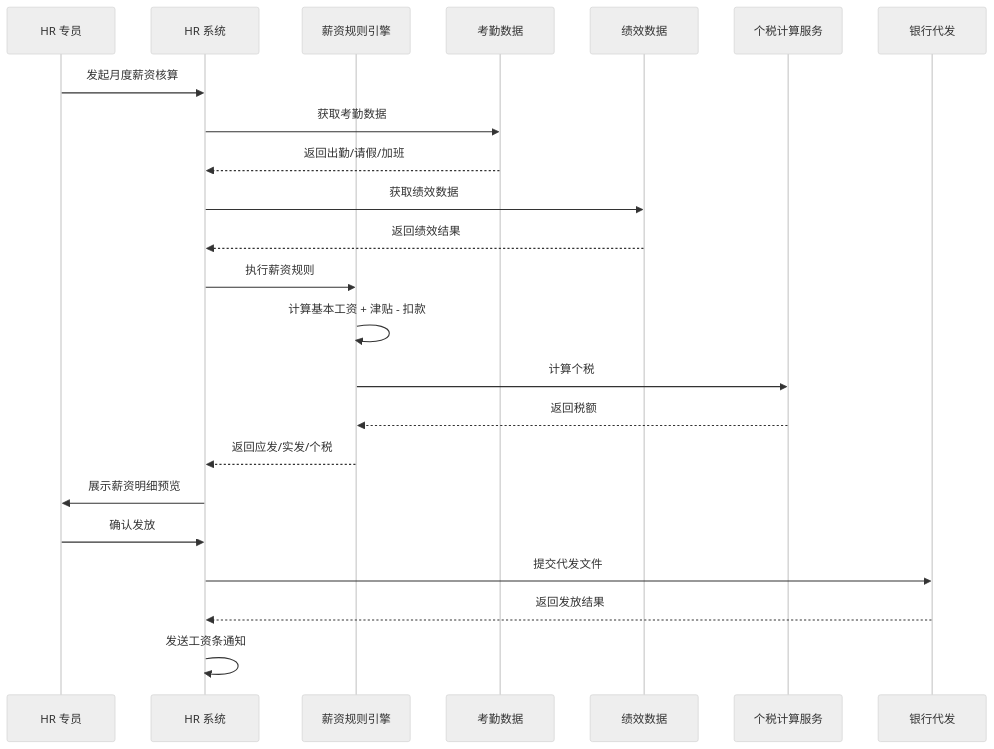
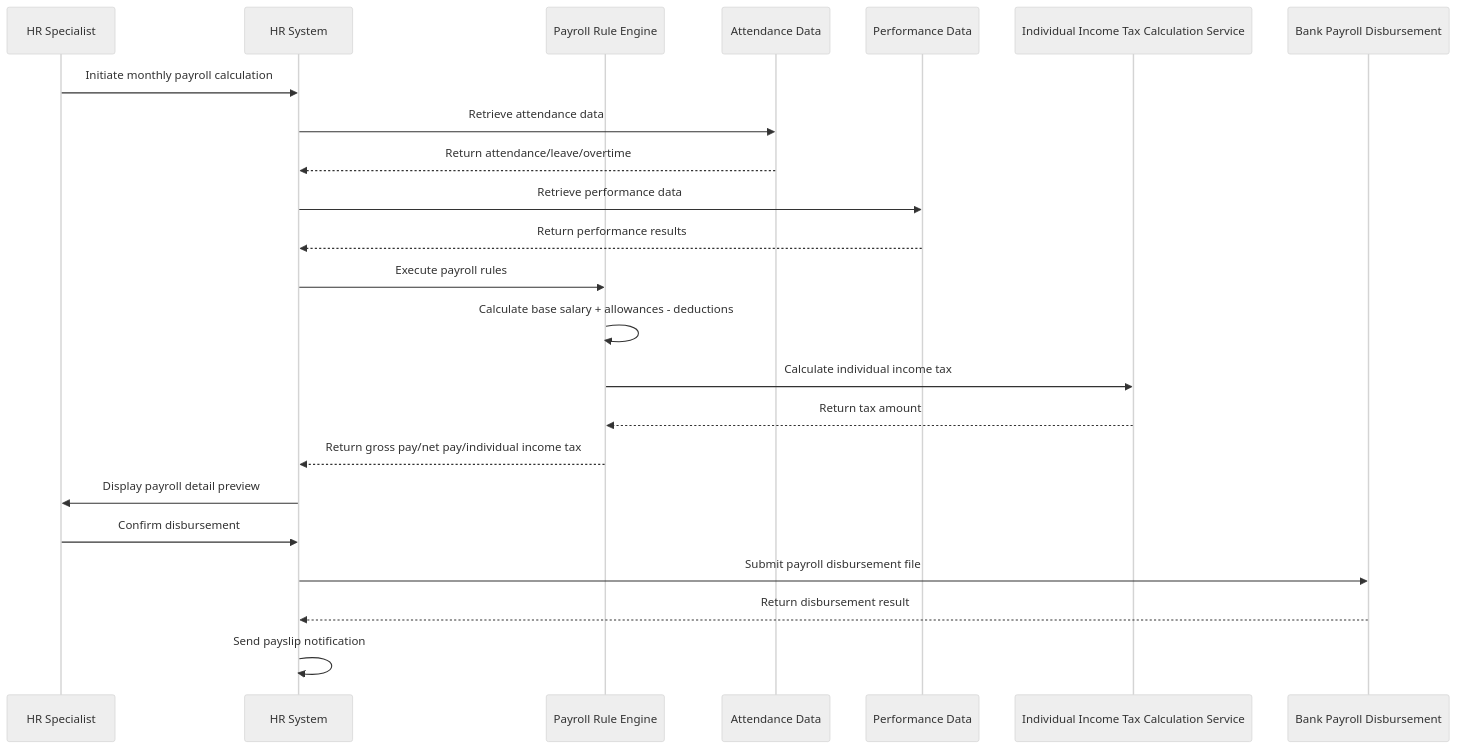
Before and after one commit to teaglebuilt/knowledge-tree: the second of 5 diagrams in tree/application/architecture/hrtech-saas.md, drawn with Mermaid (neutral theme). The commit also changed other lines of this file and 4 other files, not shown here.

````diff
--- a/tree/application/architecture/hrtech-saas.md
+++ b/tree/application/architecture/hrtech-saas.md
@@ -196,26 +199,26 @@
 ```mermaid
 sequenceDiagram
-    participant HR as HR 专员
-    participant SYS as HR 系统
-    participant RULE as 薪资规则引擎
-    participant ATT as 考勤数据
-    participant PERF as 绩效数据
-    participant TAX as 个税计算服务
-    participant BANK as 银行代发
+    participant HR as HR Specialist
+    participant SYS as HR System
+    participant RULE as Payroll Rule Engine
+    participant ATT as Attendance Data
+    participant PERF as Performance Data
+    participant TAX as Individual Income Tax Calculation Service
+    participant BANK as Bank Payroll Disbursement
 
-    HR->>SYS: 发起月度薪资核算
-    SYS->>ATT: 获取考勤数据
-    ATT-->>SYS: 返回出勤/请假/加班
-    SYS->>PERF: 获取绩效数据
-    PERF-->>SYS: 返回绩效结果
-    SYS->>RULE: 执行薪资规则
-    RULE->>RULE: 计算基本工资 + 津贴 - 扣款
-    RULE->>TAX: 计算个税
-    TAX-->>RULE: 返回税额
-    RULE-->>SYS: 返回应发/实发/个税
-    SYS->>HR: 展示薪资明细预览
-    HR->>SYS: 确认发放
-    SYS->>BANK: 提交代发文件
-    BANK-->>SYS: 返回发放结果
-    SYS->>SYS: 发送工资条通知
+    HR->>SYS: Initiate monthly payroll calculation
+    SYS->>ATT: Retrieve attendance data
+    ATT-->>SYS: Return attendance/leave/overtime
+    SYS->>PERF: Retrieve performance data
+    PERF-->>SYS: Return performance results
+    SYS->>RULE: Execute payroll rules
+    RULE->>RULE: Calculate base salary + allowances - deductions
+    RULE->>TAX: Calculate individual income tax
+    TAX-->>RULE: Return tax amount
+    RULE-->>SYS: Return gross pay/net pay/individual income tax
+    SYS->>HR: Display payroll detail preview
+    HR->>SYS: Confirm disbursement
+    SYS->>BANK: Submit payroll disbursement file
+    BANK-->>SYS: Return disbursement result
+    SYS->>SYS: Send payslip notification
 ```
````
